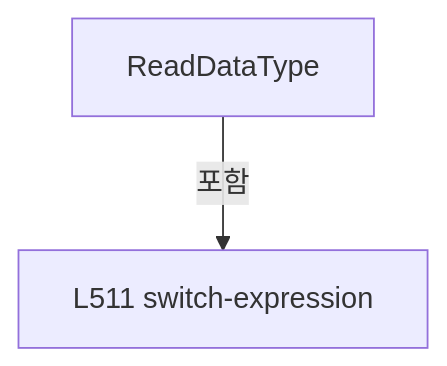
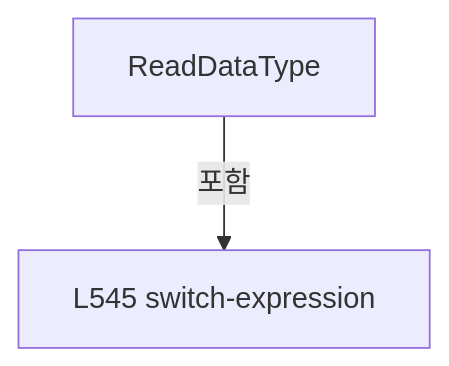
One commit to kjuws10-rgb/Shared changed diagram 15 of 17 in A3 LD Code Ref/files/Drilling.File/JHMI/CSettingFile.cs.md. Above: the diagram before and after it, drawn with Mermaid. The commit also changed other lines of this file and 1984 other files, not shown here.

Commit message:
docs(a3): update 11.17.0 architecture and complete code reference

````diff
--- a/A3 LD Code Ref/files/Drilling.File/JHMI/CSettingFile.cs.md
+++ b/A3 LD Code Ref/files/Drilling.File/JHMI/CSettingFile.cs.md
@@ -2426,6 +2495,6 @@
 ```mermaid
 flowchart TD
  M["ReadDataType"]
- N0["L511 switch-expression"]
+ N0["L545 switch-expression"]
  M -->|포함| N0
 ```
````
